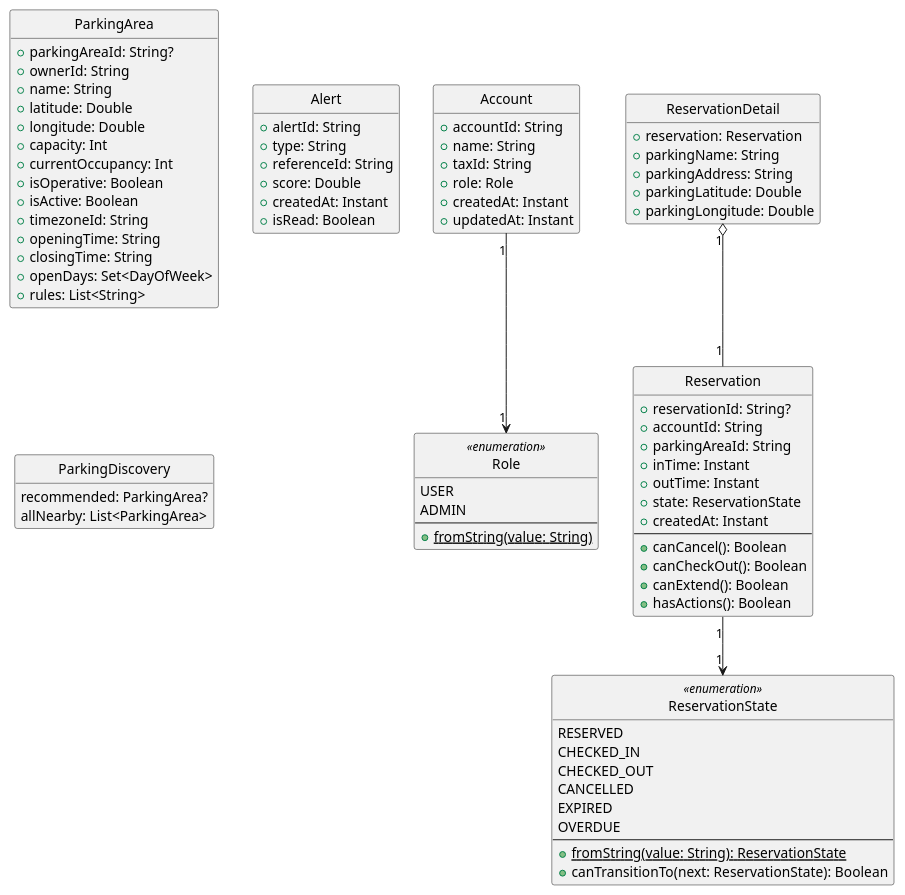
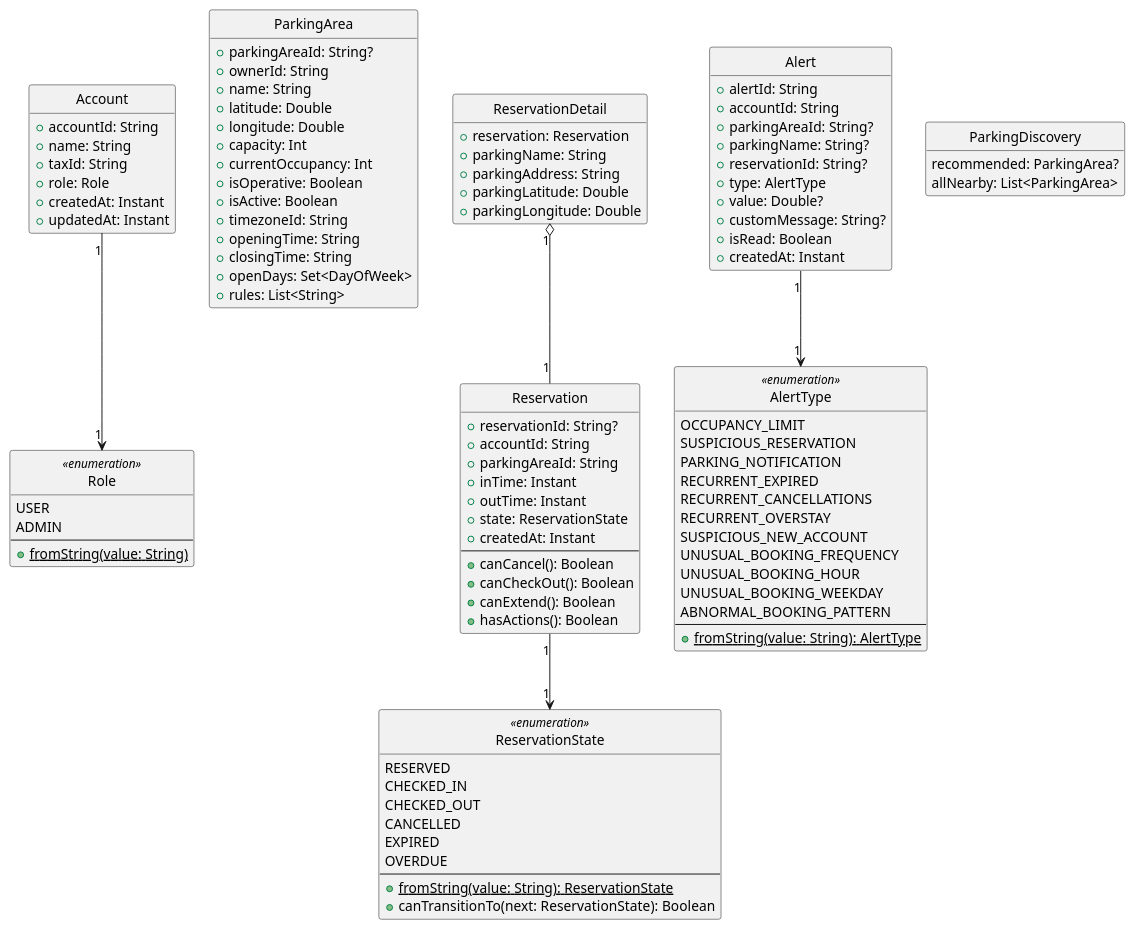
One commit to mmmatanza/BikeParkingApp changed the diagram in docs/diseño/Diagramas de clases/Entidades de dominio.puml. Above: the diagram before and after it, drawn with PlantUML. The commit also changed 12 other files, not shown here.

```diff
--- a/docs/diseño/Diagramas de clases/Entidades de dominio.puml
+++ b/docs/diseño/Diagramas de clases/Entidades de dominio.puml
@@ -1,90 +1,111 @@
 @startuml domain_entities
 skinparam style strictuml
 skinparam linetype ortho
 hide empty members
 
 class Account {
     + accountId: String
     + name: String
     + taxId: String
     + role: Role
     + createdAt: Instant
     + updatedAt: Instant
 }
 
 enum Role <<enumeration>> {
     USER
     ADMIN
     --
     {static} + fromString(value: String)
 }
 
 class ParkingArea {
     + parkingAreaId: String?
     + ownerId: String
     + name: String
     + latitude: Double
     + longitude: Double
     + capacity: Int
     + currentOccupancy: Int
     + isOperative: Boolean
     + isActive: Boolean
     + timezoneId: String
     + openingTime: String
     + closingTime: String
     + openDays: Set<DayOfWeek>
     + rules: List<String>
 }
 class Reservation {
     + reservationId: String?
     + accountId: String
     + parkingAreaId: String
     + inTime: Instant
     + outTime: Instant
     + state: ReservationState
     + createdAt: Instant
     --
     + canCancel(): Boolean
     + canCheckOut(): Boolean
     + canExtend(): Boolean
     + hasActions(): Boolean
 }
 
 enum ReservationState <<enumeration>> {
     RESERVED
     CHECKED_IN
     CHECKED_OUT
     CANCELLED
     EXPIRED
     OVERDUE
     --
     {static} + fromString(value: String): ReservationState
     + canTransitionTo(next: ReservationState): Boolean
 }
 
 class ReservationDetail {
     + reservation: Reservation
     + parkingName: String
     + parkingAddress: String
     + parkingLatitude: Double
     + parkingLongitude: Double
 }
 
 class Alert {
     + alertId: String
-    + type: String
-    + referenceId: String
-    + score: Double
+    + accountId: String
+    + parkingAreaId: String?
+    + parkingName: String?
+    + reservationId: String?
+    + type: AlertType
+    + value: Double?
+    + customMessage: String?
+    + isRead: Boolean
     + createdAt: Instant
-    + isRead: Boolean
+}
+
+enum AlertType <<enumeration>> {
+    OCCUPANCY_LIMIT
+    SUSPICIOUS_RESERVATION
+    PARKING_NOTIFICATION
+    RECURRENT_EXPIRED
+    RECURRENT_CANCELLATIONS
+    RECURRENT_OVERSTAY
+    SUSPICIOUS_NEW_ACCOUNT
+    UNUSUAL_BOOKING_FREQUENCY
+    UNUSUAL_BOOKING_HOUR
+    UNUSUAL_BOOKING_WEEKDAY
+    ABNORMAL_BOOKING_PATTERN
+    --
+    {static} + fromString(value: String): AlertType
 }
 
 class ParkingDiscovery{
     recommended: ParkingArea?
     allNearby: List<ParkingArea>
 }
 
 Account "1" --> "1" Role
 Reservation "1" --> "1" ReservationState
 ReservationDetail "1" o-- "1" Reservation
+Alert "1" --> "1" AlertType
 @enduml
```
